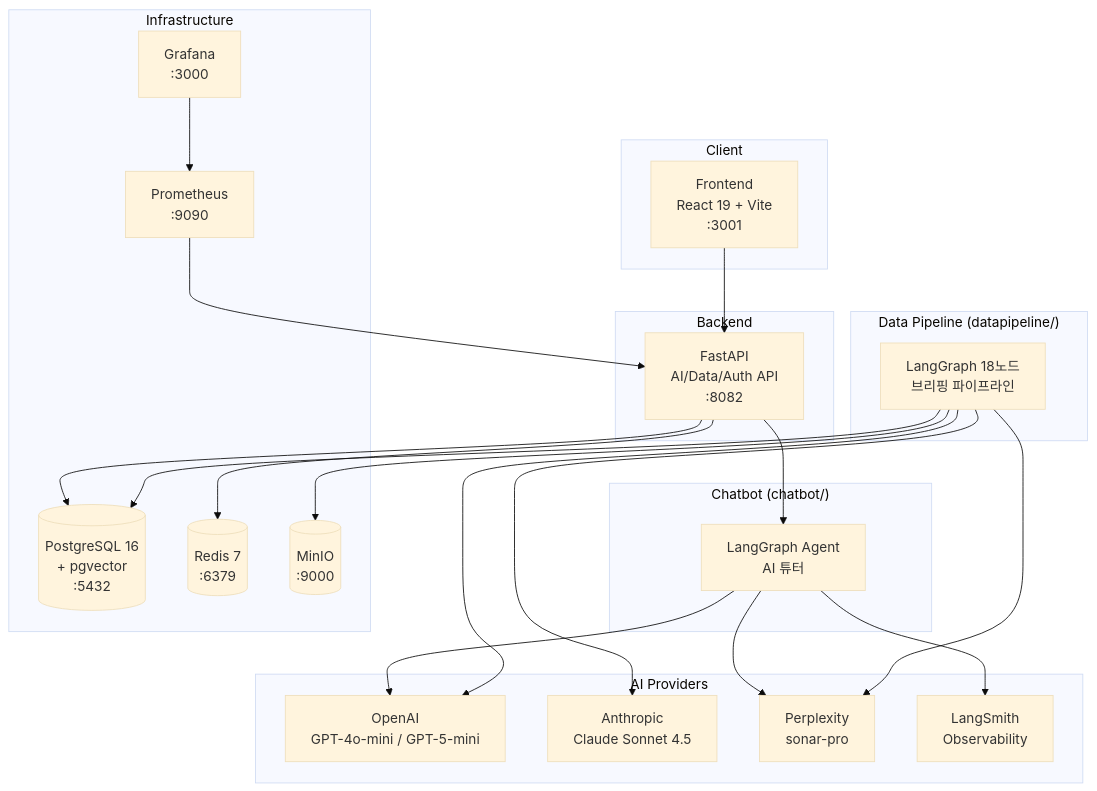
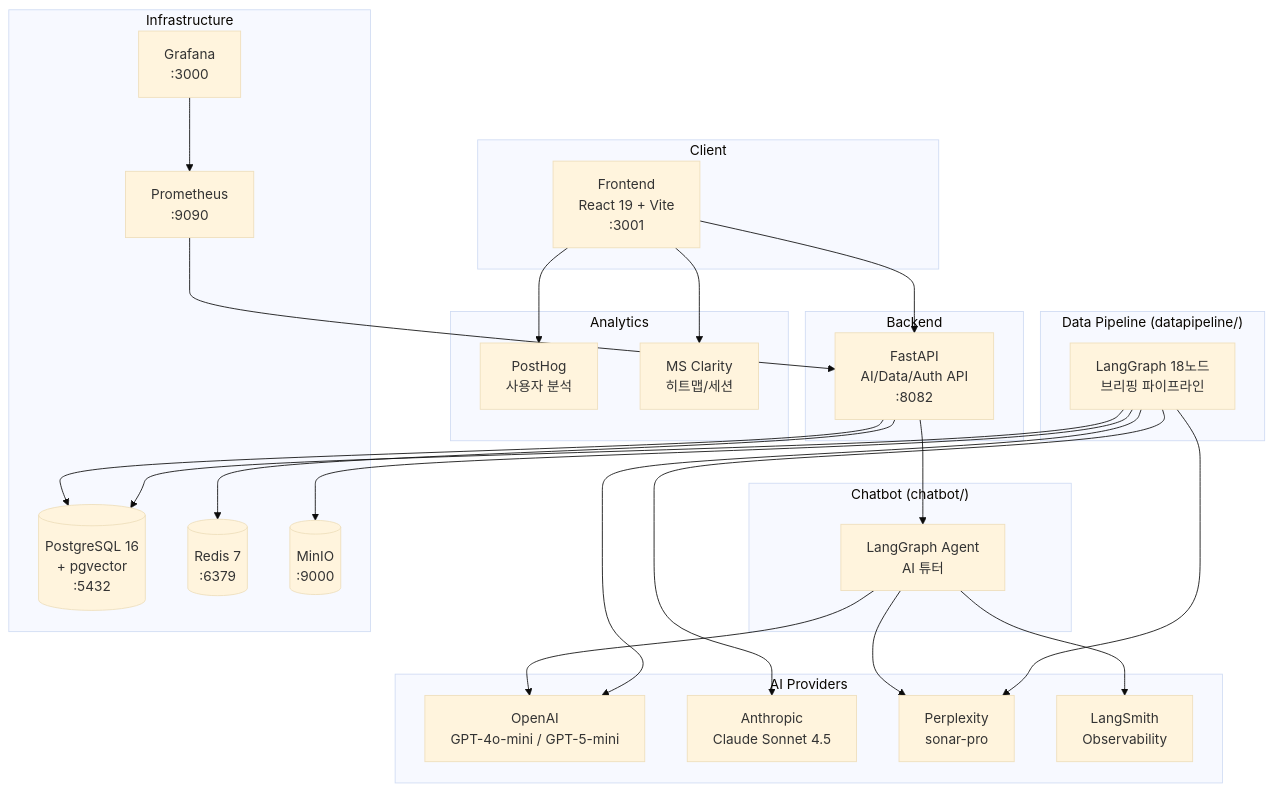
Before and after one commit to 404-NFYet/adelie-investment: the diagram in README.md, drawn with Mermaid (base theme).

Commit message:
docs: README.md 아키텍처 다이어그램에 PostHog, Clarity 추가 Entire-Checkpoint: 234de7d2eb07

````diff
--- a/README.md
+++ b/README.md
@@ -12,48 +12,55 @@
 ```mermaid
 graph TB
     subgraph Client
         FE[Frontend<br/>React 19 + Vite<br/>:3001]
     end
 
     subgraph Backend
         API[FastAPI<br/>AI/Data/Auth API<br/>:8082]
     end
 
     subgraph Chatbot["Chatbot (chatbot/)"]
         AGENT[LangGraph Agent<br/>AI 튜터]
     end
 
     subgraph Pipeline["Data Pipeline (datapipeline/)"]
         LG[LangGraph 18노드<br/>브리핑 파이프라인]
     end
 
     subgraph AI["AI Providers"]
         OPENAI[OpenAI<br/>GPT-4o-mini / GPT-5-mini]
         CLAUDE[Anthropic<br/>Claude Sonnet 4.5]
         PPLX[Perplexity<br/>sonar-pro]
         LSMITH[LangSmith<br/>Observability]
     end
 
+    subgraph Analytics["Analytics"]
+        POSTHOG[PostHog<br/>사용자 분석]
+        CLARITY[MS Clarity<br/>히트맵/세션]
+    end
+
     subgraph Infra["Infrastructure"]
         PG[(PostgreSQL 16<br/>+ pgvector<br/>:5432)]
         REDIS[(Redis 7<br/>:6379)]
         MINIO[(MinIO<br/>:9000)]
         PROM[Prometheus<br/>:9090]
         GRAF[Grafana<br/>:3000]
     end
 
     FE --> API
+    FE --> POSTHOG
+    FE --> CLARITY
     API --> AGENT
     AGENT --> OPENAI
     AGENT --> PPLX
     AGENT --> LSMITH
     API --> PG
     API --> REDIS
     LG --> OPENAI
     LG --> CLAUDE
     LG --> PPLX
     LG --> PG
     LG --> MINIO
     PROM --> API
     GRAF --> PROM
 ```
````
